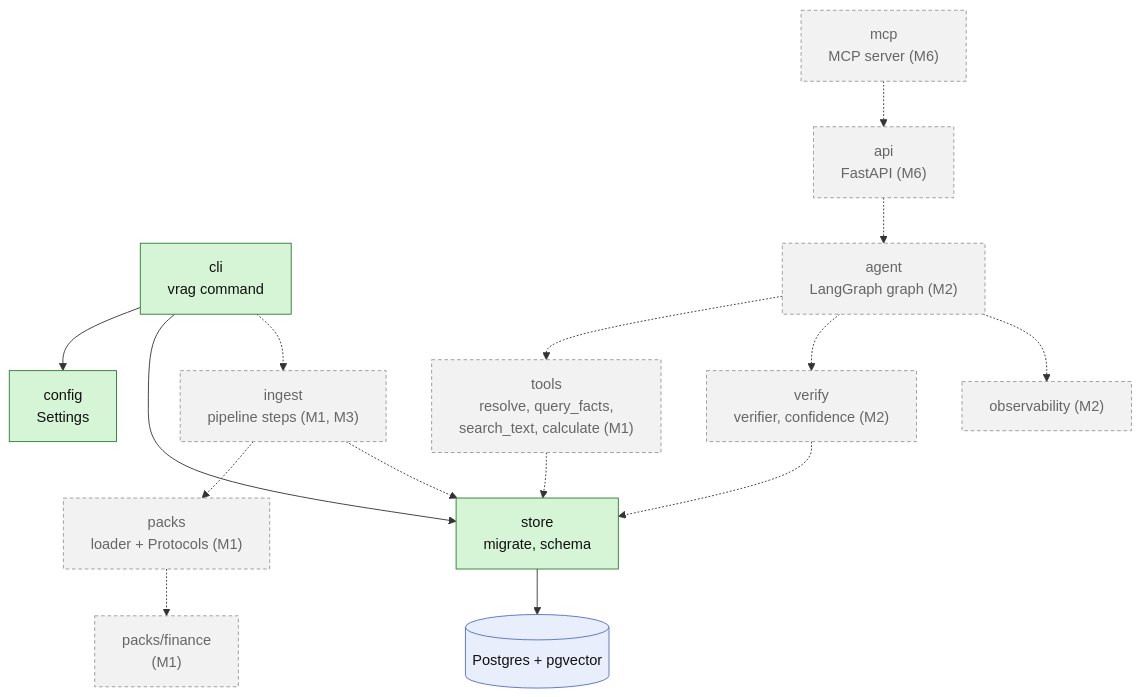
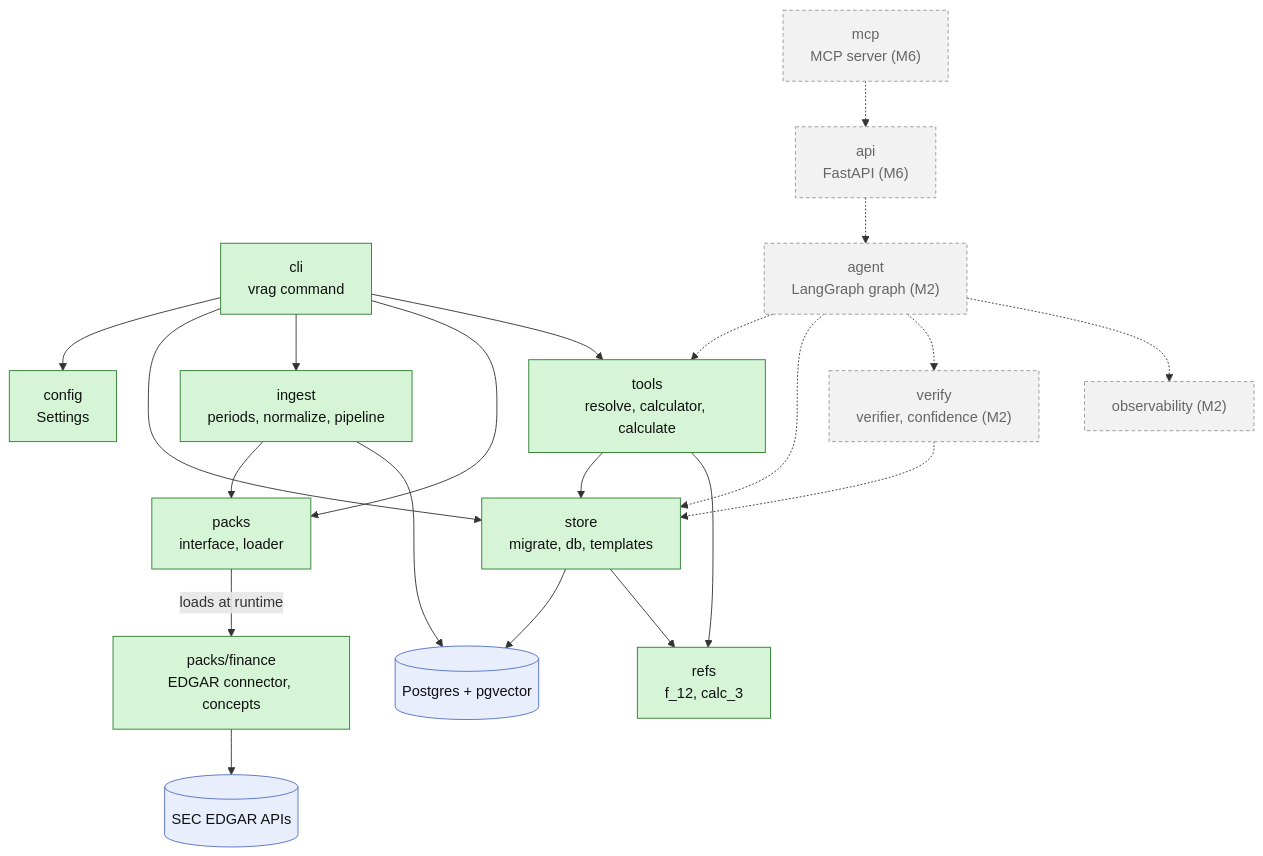
One commit to ChinmayLokare/verified-rag changed the first of 8 diagrams in docs/code-map.md. Above: the diagram before and after it, drawn with Mermaid. The commit also changed other lines of this file and 37 other files, not shown here.

First line of the commit message:
M1: facts path from SEC XBRL to verified lookups

````diff
--- a/docs/code-map.md
+++ b/docs/code-map.md
@@ -27,38 +29,46 @@
 ```mermaid
 flowchart TD
     classDef built fill:#d6f5d6,stroke:#2e7d32,color:#111
     classDef planned fill:#f2f2f2,stroke:#999,stroke-dasharray:4 3,color:#666
     classDef ext fill:#e8eefc,stroke:#5470c6,color:#111
 
     cli["cli<br/>vrag command"]:::built
     config["config<br/>Settings"]:::built
-    store["store<br/>migrate, schema"]:::built
+    refs["refs<br/>f_12, calc_3"]:::built
+    store["store<br/>migrate, db, templates"]:::built
+    ingest["ingest<br/>periods, normalize, pipeline"]:::built
+    packs["packs<br/>interface, loader"]:::built
+    tools["tools<br/>resolve, calculator, calculate"]:::built
+    finance["packs/finance<br/>EDGAR connector, concepts"]:::built
 
-    tools["tools<br/>resolve, query_facts,<br/>search_text, calculate (M1)"]:::planned
-    ingest["ingest<br/>pipeline steps (M1, M3)"]:::planned
-    packs["packs<br/>loader + Protocols (M1)"]:::planned
     agent["agent<br/>LangGraph graph (M2)"]:::planned
     verify["verify<br/>verifier, confidence (M2)"]:::planned
+    obs["observability (M2)"]:::planned
     api["api<br/>FastAPI (M6)"]:::planned
     mcp["mcp<br/>MCP server (M6)"]:::planned
-    obs["observability (M2)"]:::planned
-    finance["packs/finance<br/>(M1)"]:::planned
 
     pg[("Postgres + pgvector")]:::ext
+    edgar[("SEC EDGAR APIs")]:::ext
 
     cli --> config
     cli --> store
+    cli --> ingest
+    cli --> packs
+    cli --> tools
+    ingest --> packs
+    packs -->|"loads at runtime"| finance
+    finance --> edgar
     store --> pg
+    ingest --> pg
+    tools --> store
+    tools --> refs
+    store --> refs
 
-    cli -.-> ingest
-    ingest -.-> packs
-    packs -.-> finance
-    ingest -.-> store
-    tools -.-> store
     agent -.-> tools
+    agent -.-> store
     agent -.-> verify
     verify -.-> store
+    agent -.-> obs
     api -.-> agent
     mcp -.-> api
-    agent -.-> obs
 ```
````
